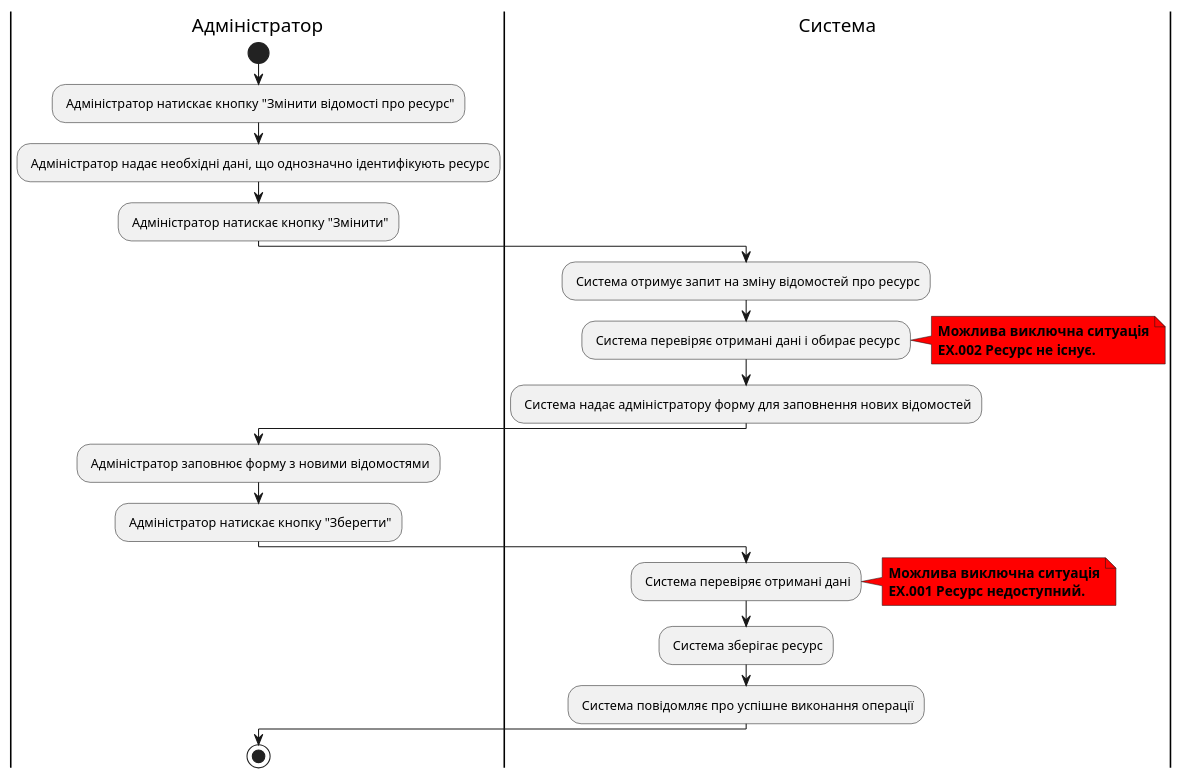
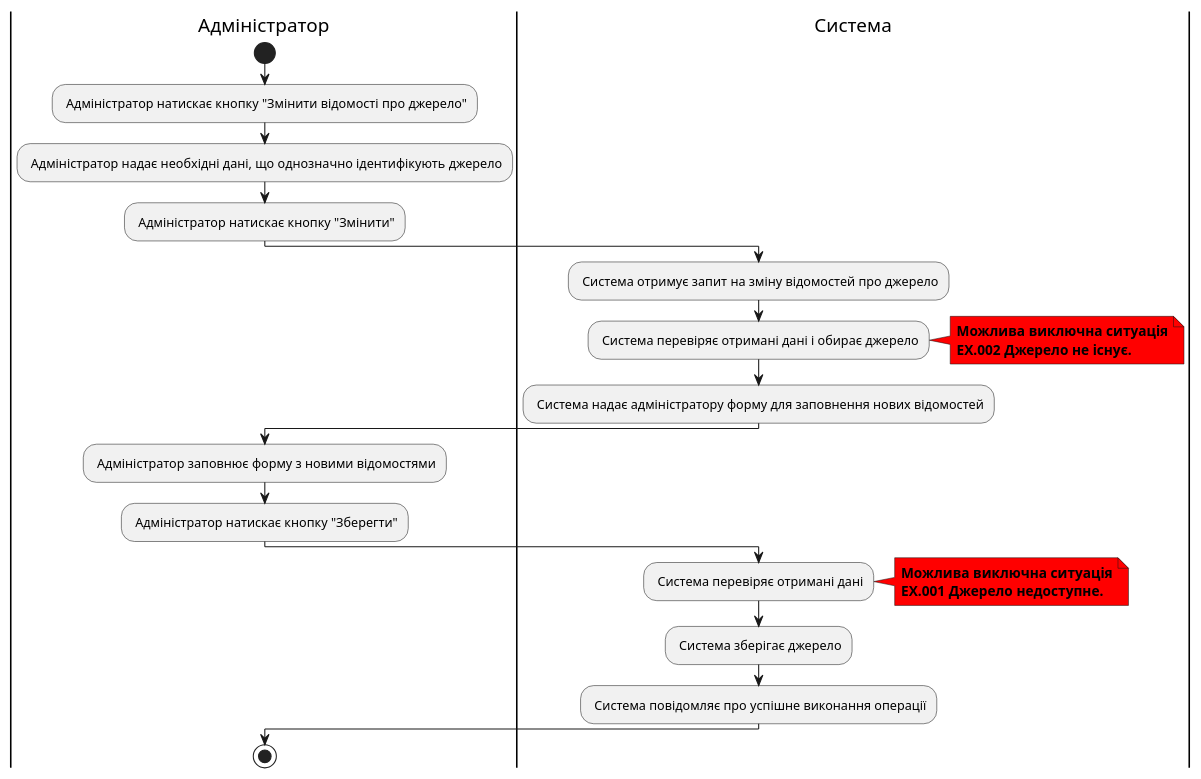
The fifth of 11 diagrams in docs/ua/use cases/index.md (ypapish/database-course-work), drawn with PlantUML before and after one commit. The commit also changed other lines of this file and 4 other files, not shown here.

Commit message:
make diagrams matched to sql

```diff
--- a/docs/ua/use cases/index.md
+++ b/docs/ua/use cases/index.md
@@ -144,31 +144,31 @@
 @startuml
 |Адміністратор|
 start
-: Адміністратор натискає кнопку "Змінити відомості про ресурс";
-: Адміністратор надає необхідні дані, що однозначно ідентифікують ресурс;
+: Адміністратор натискає кнопку "Змінити відомості про джерело";
+: Адміністратор надає необхідні дані, що однозначно ідентифікують джерело;
 : Адміністратор натискає кнопку "Змінити";
 
 |Система|
-: Система отримує запит на зміну відомостей про ресурс;
-: Система перевіряє отримані дані і обирає ресурс;
+: Система отримує запит на зміну відомостей про джерело;
+: Система перевіряє отримані дані і обирає джерело;
 note right #red
 <b>Можлива виключна ситуація</b>
-<b>EX.002 Ресурс не існує.</b>
+<b>EX.002 Джерело не існує.</b>
 end note
 : Система надає адміністратору форму для заповнення нових відомостей;
 
 |Адміністратор|
 : Адміністратор заповнює форму з новими відомостями;
 : Адміністратор натискає кнопку "Зберегти";
 
 |Система|
 : Система перевіряє отримані дані;
 note right #red
 <b>Можлива виключна ситуація</b>
-<b>EX.001 Ресурс недоступний.</b>
+<b>EX.001 Джерело недоступне.</b>
 end note
-: Система зберігає ресурс;
+: Система зберігає джерело;
 : Система повідомляє про успішне виконання операції;
 |Адміністратор|
 stop
 @enduml
```
